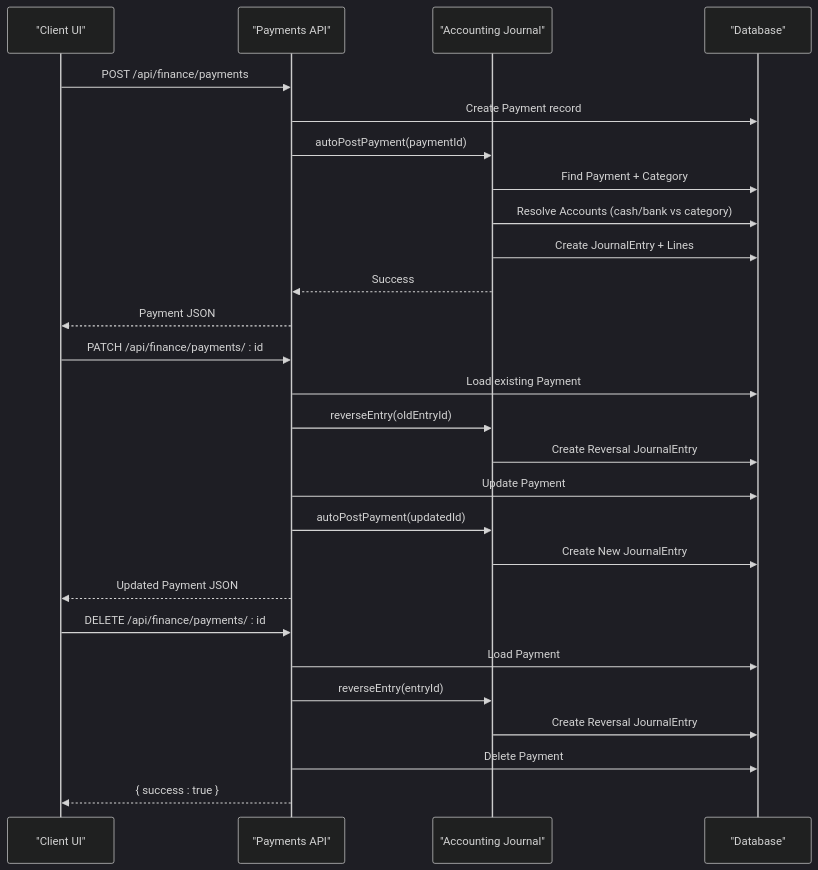
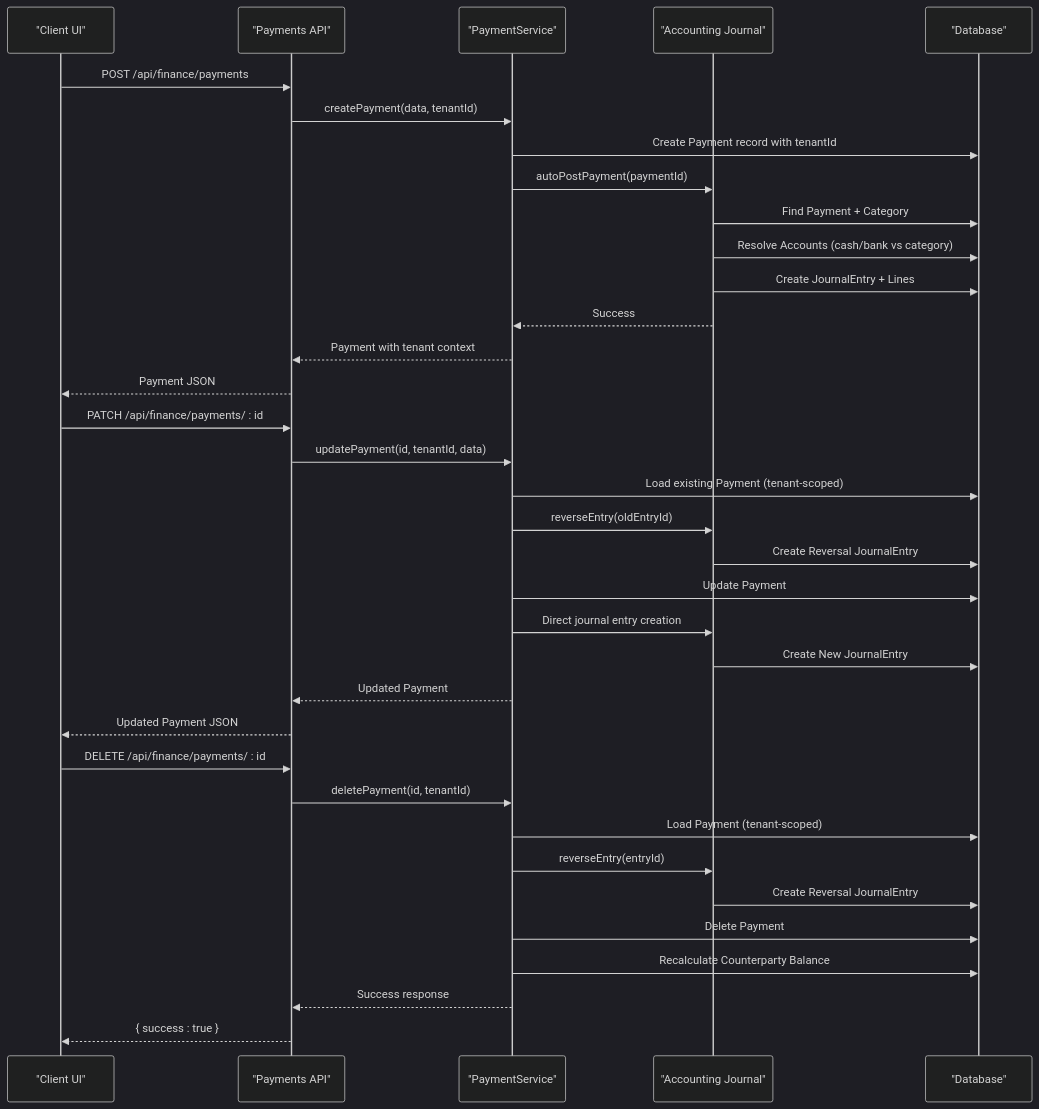
Before and after one commit to nzey11/erp-new: the second of 5 diagrams in .qoder/repowiki/en/content/Finance Module/Payment Processing.md, drawn with Mermaid (dark theme). The commit also changed other lines of this file and 46 other files, not shown here.

````diff
--- a/.qoder/repowiki/en/content/Finance Module/Payment Processing.md
+++ b/.qoder/repowiki/en/content/Finance Module/Payment Processing.md
@@ -116,29 +150,37 @@
 ```mermaid
 sequenceDiagram
 participant Client as "Client UI"
 participant API as "Payments API"
+participant Service as "PaymentService"
 participant Domain as "Accounting Journal"
 participant DB as "Database"
 Client->>API : POST /api/finance/payments
-API->>DB : Create Payment record
-API->>Domain : autoPostPayment(paymentId)
+API->>Service : createPayment(data, tenantId)
+Service->>DB : Create Payment record with tenantId
+Service->>Domain : autoPostPayment(paymentId)
 Domain->>DB : Find Payment + Category
 Domain->>DB : Resolve Accounts (cash/bank vs category)
 Domain->>DB : Create JournalEntry + Lines
-Domain-->>API : Success
+Domain-->>Service : Success
+Service-->>API : Payment with tenant context
 API-->>Client : Payment JSON
 Client->>API : PATCH /api/finance/payments/ : id
-API->>DB : Load existing Payment
-API->>Domain : reverseEntry(oldEntryId)
+API->>Service : updatePayment(id, tenantId, data)
+Service->>DB : Load existing Payment (tenant-scoped)
+Service->>Domain : reverseEntry(oldEntryId)
 Domain->>DB : Create Reversal JournalEntry
-API->>DB : Update Payment
-API->>Domain : autoPostPayment(updatedId)
+Service->>DB : Update Payment
+Service->>Domain : Direct journal entry creation
 Domain->>DB : Create New JournalEntry
+Service-->>API : Updated Payment
 API-->>Client : Updated Payment JSON
 Client->>API : DELETE /api/finance/payments/ : id
-API->>DB : Load Payment
-API->>Domain : reverseEntry(entryId)
+API->>Service : deletePayment(id, tenantId)
+Service->>DB : Load Payment (tenant-scoped)
+Service->>Domain : reverseEntry(entryId)
 Domain->>DB : Create Reversal JournalEntry
-API->>DB : Delete Payment
+Service->>DB : Delete Payment
+Service->>DB : Recalculate Counterparty Balance
+Service-->>API : Success response
 API-->>Client : { success : true }
 ```
````
